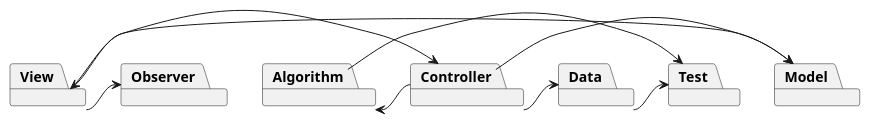
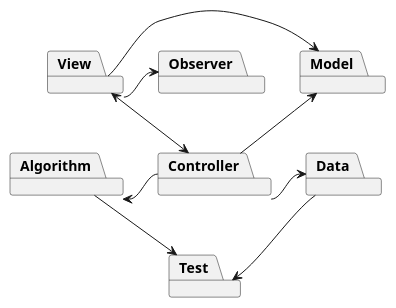
The diagram in src/documentation/PackageDiagram.puml (Karlenkko/Agile-OnErrand), drawn with PlantUML before and after one commit.

Commit message:
doc(PackageDiagramme):change the view

```diff
--- a/src/documentation/PackageDiagram.puml
+++ b/src/documentation/PackageDiagram.puml
@@ -1,44 +1,44 @@
 @startuml
 
 'abstract class AbstractList
 'abstract AbstractCollection
 'interface List
 'interface Collection
 '
 'List <|-- AbstractList
 'Collection <|-- AbstractCollection
 '
 'Collection <|- List
 'AbstractCollection <|- AbstractList
 'AbstractList <|-- ArrayList
 '
 'class ArrayList {
 'Object[] elementData
 'size()
 '}
 '
 'enum TimeUnit {
 'DAYS
 'HOURS
 'MINUTES
 '}
 
 Package Controller
 Package Data
 Package Algorithm
 Package Model
 Package Test
 Package View
 Package Observer
 
-View <-> Controller
-Controller -> Model
+View <-down-> Controller
+Controller -up-> Model
 View -> Model
 Algorithm <- Controller
 Controller -> Data
 
-Data -> Test
-Algorithm -> Test
+Data -down-> Test
+Algorithm -down-> Test
 View -> Observer
 
 @enduml
```
